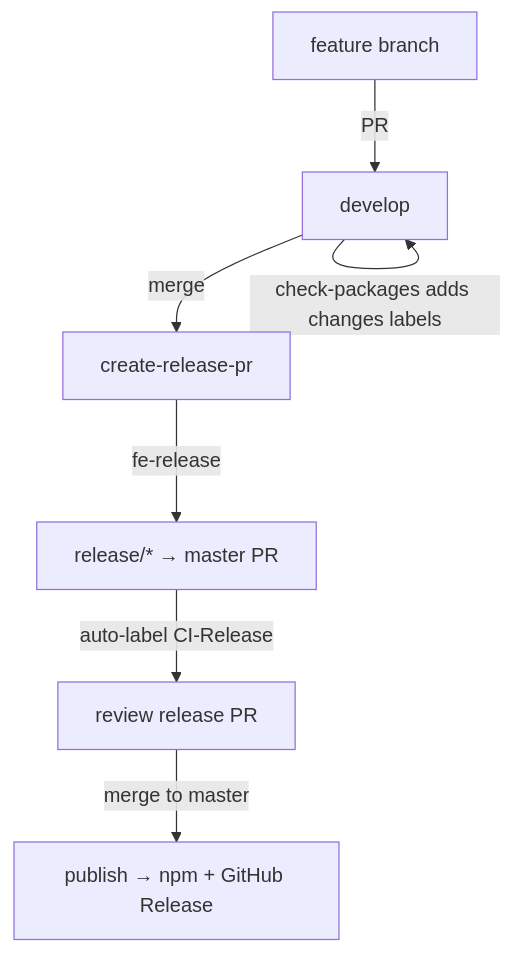
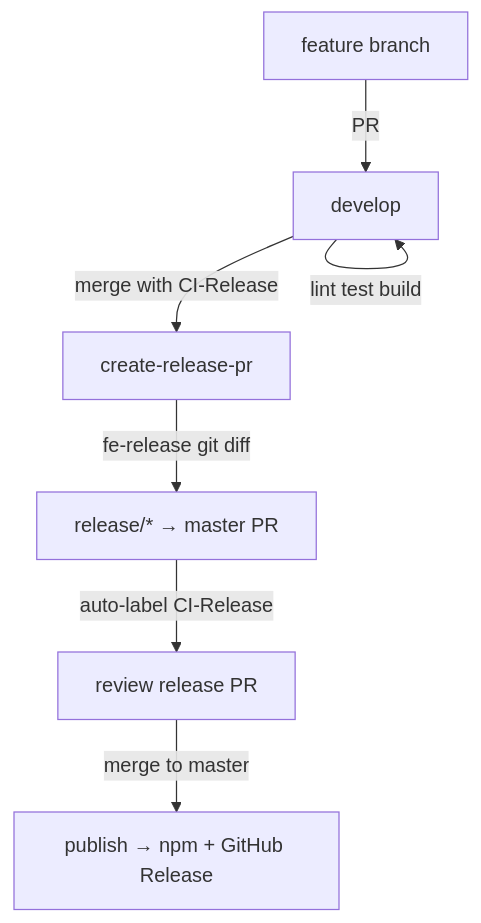
One commit to qlover/fe-base changed the diagram in packages/fe-release/README_EN.md. Above: the diagram before and after it, drawn with Mermaid. The commit also changed other lines of this file and 7 other files, not shown here.

````diff
--- a/packages/fe-release/README_EN.md
+++ b/packages/fe-release/README_EN.md
@@ -228,9 +221,9 @@
 ```mermaid
 graph TD
     A[feature branch] -->|PR| B[develop]
-    B -->|check-packages adds changes labels| B
-    B -->|merge| C[create-release-pr]
-    C -->|fe-release| D[release/* → master PR]
+    B -->|lint test build| B
+    B -->|merge with CI-Release| C[create-release-pr]
+    C -->|fe-release git diff| D[release/* → master PR]
     D -->|auto-label CI-Release| E[review release PR]
     E -->|merge to master| F[publish → npm + GitHub Release]
 ```
````
